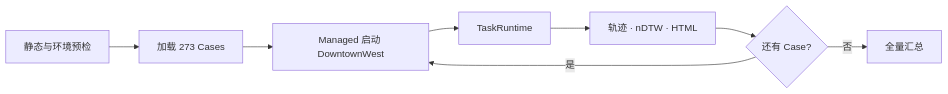
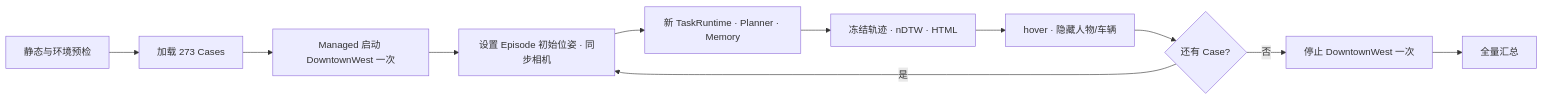
One commit to LZ6years/AeroPilot changed the diagram in docs/evaluation/uav_flow/manual_testing.md. Above: the diagram before and after it, drawn with Mermaid. The commit also changed other lines of this file and 11 other files, not shown here.

Commit message:
feat：UAV-Flow测试一次新测试

````diff
--- a/docs/evaluation/uav_flow/manual_testing.md
+++ b/docs/evaluation/uav_flow/manual_testing.md
@@ -123,10 +126,13 @@
 ```mermaid
 flowchart LR
     P["静态与环境预检"] --> D["加载 273 Cases"]
-    D --> S["Managed 启动 DowntownWest"]
-    S --> R["TaskRuntime"]
-    R --> M["轨迹 · nDTW · HTML"]
-    M --> N{"还有 Case?"}
-    N -->|是| S
-    N -->|否| A["全量汇总"]
+    D --> S["Managed 启动 DowntownWest 一次"]
+    S --> I["设置 Episode 初始位姿 · 同步相机"]
+    I --> R["新 TaskRuntime · Planner · Memory"]
+    R --> M["冻结轨迹 · nDTW · HTML"]
+    M --> C["hover · 隐藏人物/车辆"]
+    C --> N{"还有 Case?"}
+    N -->|是| I
+    N -->|否| X["停止 DowntownWest 一次"]
+    X --> A["全量汇总"]
 ```
````
